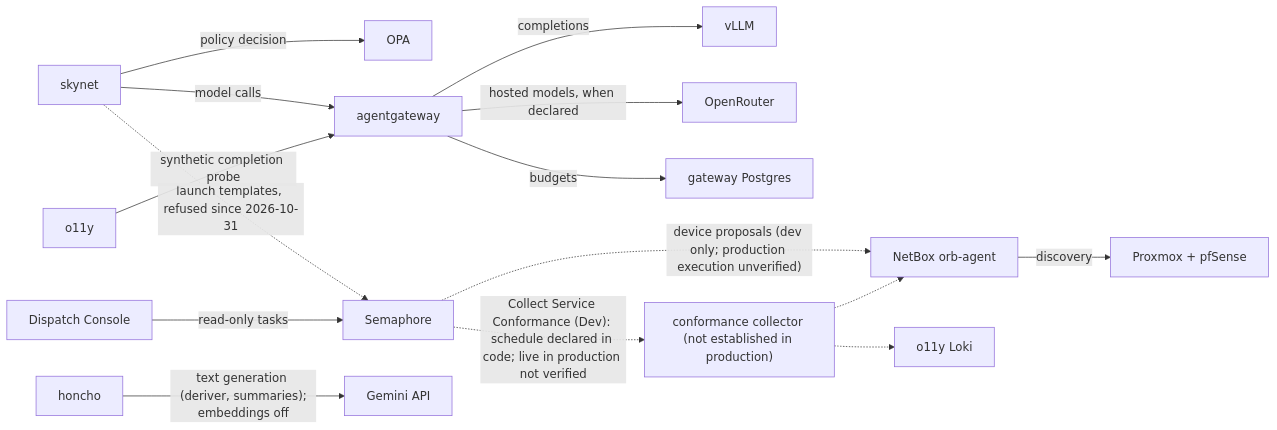
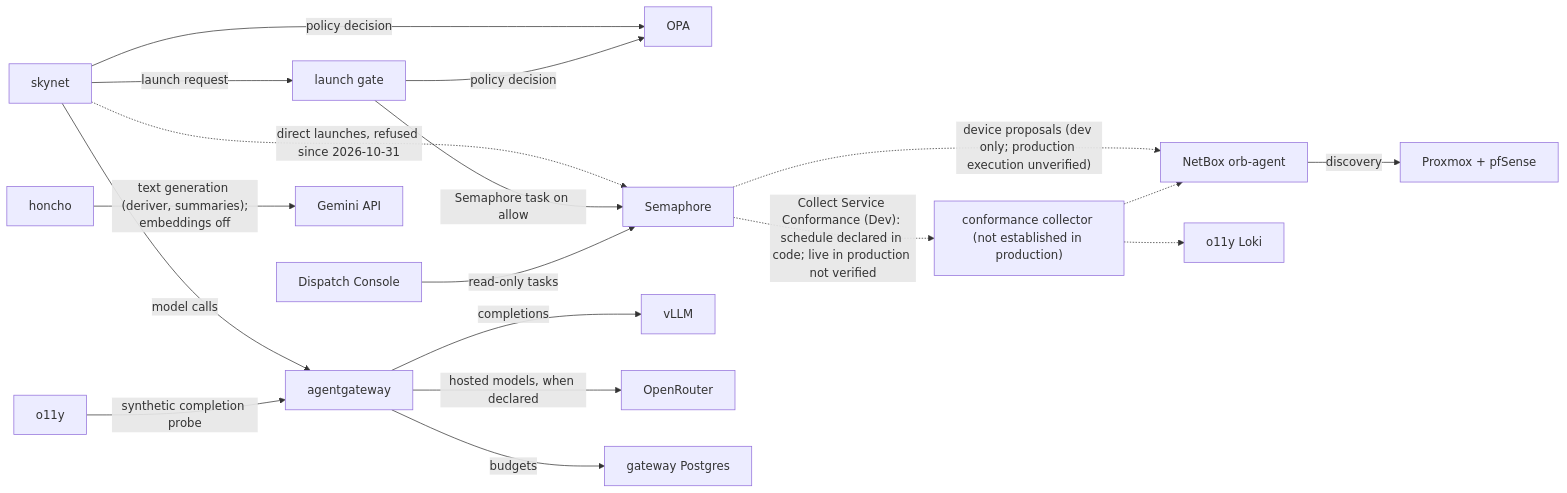
Before and after one commit to uhstray-io/agent-cloud: the fifth of 10 diagrams in plan/architecture/service-architecture.md, drawn with Mermaid. The commit also changed other lines of this file and 1 other file, not shown here.

Commit message:
docs(launch-gate): show the gate in the runtime diagrams; name the settings OPA bounds

````diff
--- a/plan/architecture/service-architecture.md
+++ b/plan/architecture/service-architecture.md
@@ -290,17 +290,20 @@
 ```mermaid
 flowchart LR
     SKY["skynet"] -->|"policy decision"| OPA["OPA"]
     SKY -->|"model calls"| AGW["agentgateway"]
-    SKY -.->|"launch templates, refused since 2026-10-31"| SEM["Semaphore"]
+    SKY -.->|"direct launches, refused since 2026-10-31"| SEM["Semaphore"]
+    SKY -->|"launch request"| LG["launch gate"]
+    LG -->|"policy decision"| OPA
+    LG -->|"Semaphore task on allow"| SEM
     AGW -->|"completions"| VLLM["vLLM"]
     AGW -->|"hosted models, when declared"| OR["OpenRouter"]
     AGW -->|"budgets"| AGWDB["gateway Postgres"]
     CON["Dispatch Console"] -->|"read-only tasks"| SEM
     HON["honcho"] -->|"text generation (deriver, summaries);<br/>embeddings off"| GEM["Gemini API"]
     NB["NetBox orb-agent"] -->|"discovery"| PVE["Proxmox + pfSense"]
     SEM -.->|"device proposals (dev only; production execution unverified)"| NB
     O11Y["o11y"] -->|"synthetic completion probe"| AGW
     SEM -.->|"Collect Service Conformance (Dev): schedule declared in code; live in production not verified"| COL["conformance collector (not established in production)"]
     COL -.-> NB
     COL -.-> LOKI["o11y Loki"]
 ```
````
